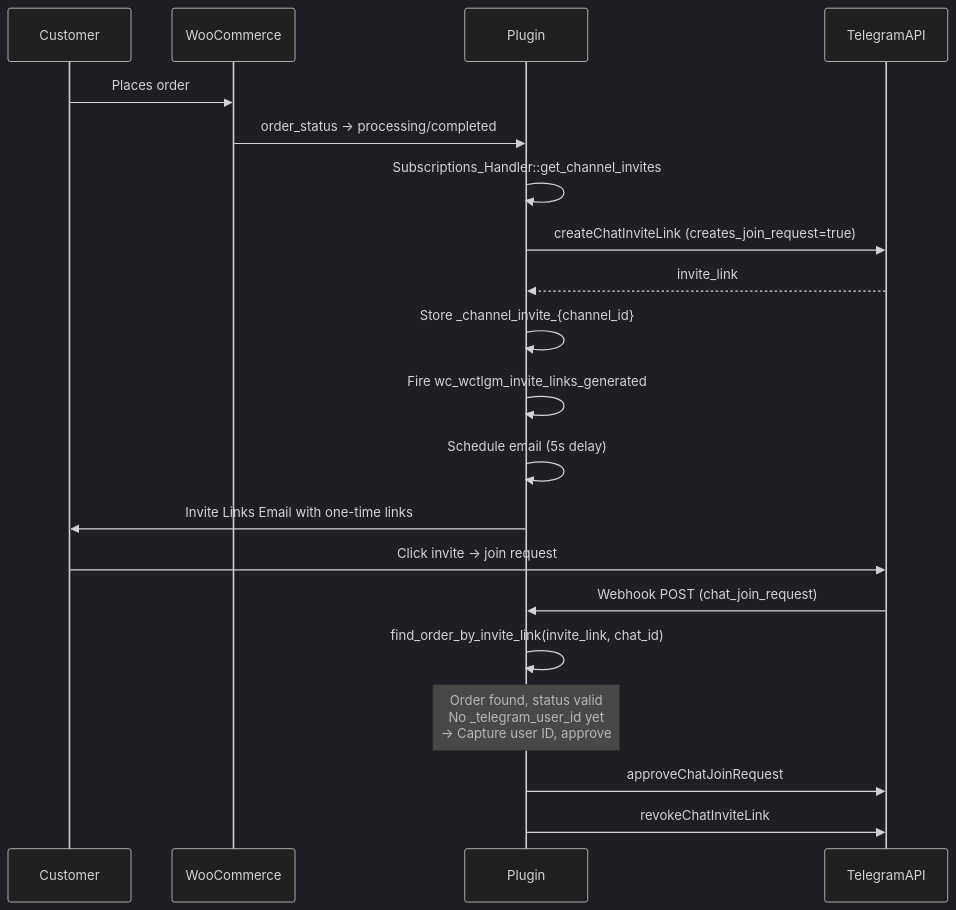
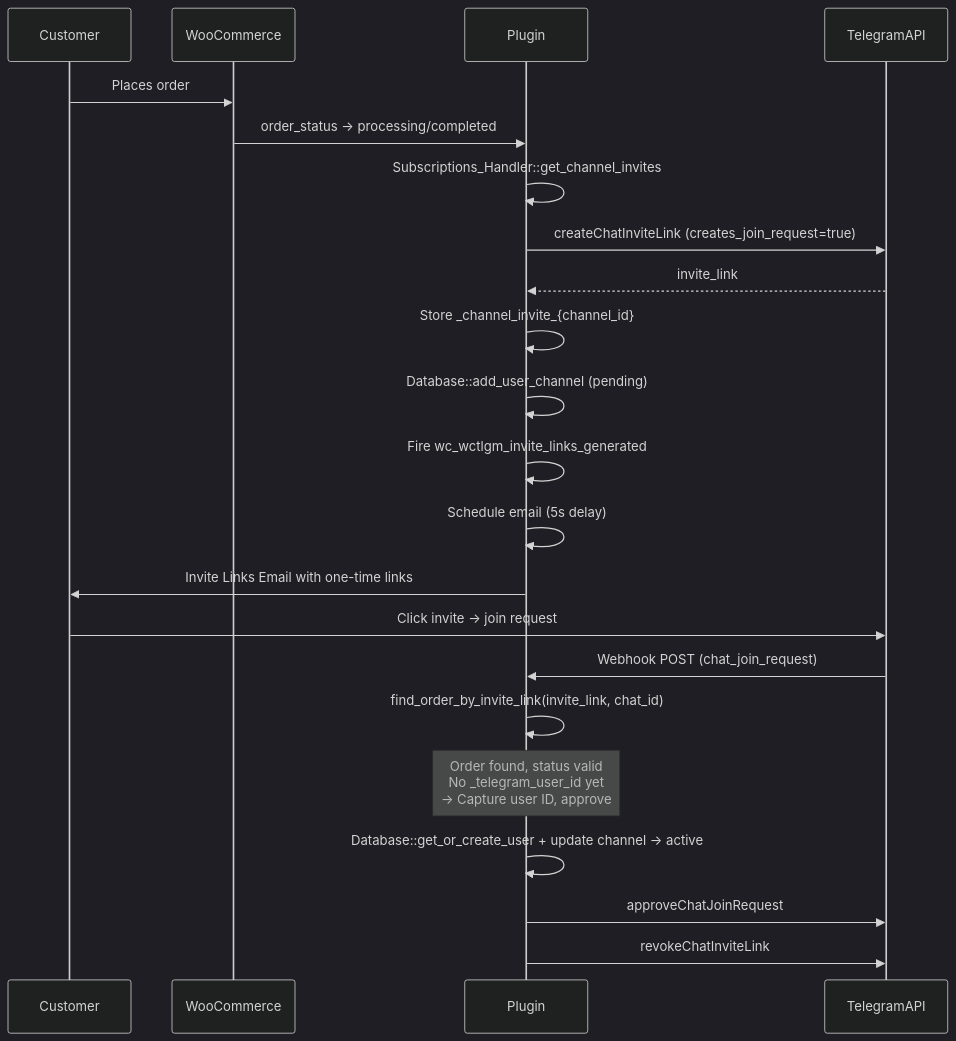
One commit to nickpagz/wctlgm-subscriber-manager-lite changed the fourth of 6 diagrams in agent-context/DATA-FLOW.md. Above: the diagram before and after it, drawn with Mermaid (dark theme). The commit also changed other lines of this file and 19 other files, not shown here.

````diff
--- a/agent-context/DATA-FLOW.md
+++ b/agent-context/DATA-FLOW.md
@@ -106,29 +121,31 @@
 ```mermaid
 sequenceDiagram
     participant Customer
     participant WooCommerce
     participant Plugin
     participant TelegramAPI
 
     Customer->>WooCommerce: Places order
     WooCommerce->>Plugin: order_status → processing/completed
 
     Plugin->>Plugin: Subscriptions_Handler::get_channel_invites
     Plugin->>TelegramAPI: createChatInviteLink (creates_join_request=true)
     TelegramAPI-->>Plugin: invite_link
 
     Plugin->>Plugin: Store _channel_invite_{channel_id}
+    Plugin->>Plugin: Database::add_user_channel (pending)
     Plugin->>Plugin: Fire wc_wctlgm_invite_links_generated
     Plugin->>Plugin: Schedule email (5s delay)
 
     Plugin->>Customer: Invite Links Email with one-time links
 
     Customer->>TelegramAPI: Click invite → join request
     TelegramAPI->>Plugin: Webhook POST (chat_join_request)
 
     Plugin->>Plugin: find_order_by_invite_link(invite_link, chat_id)
     Note over Plugin: Order found, status valid<br>No _telegram_user_id yet<br>→ Capture user ID, approve
 
+    Plugin->>Plugin: Database::get_or_create_user + update channel → active
     Plugin->>TelegramAPI: approveChatJoinRequest
     Plugin->>TelegramAPI: revokeChatInviteLink
 ```
````
